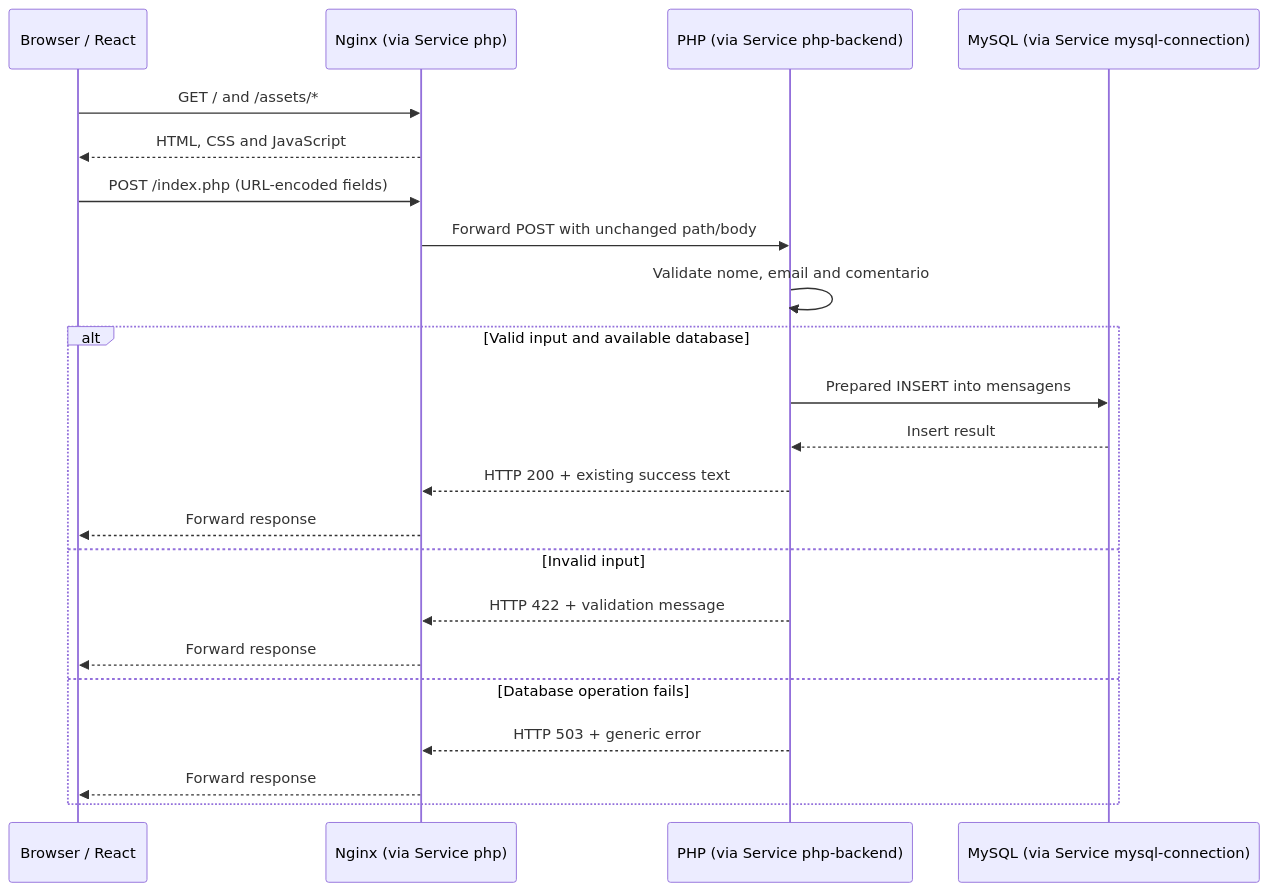
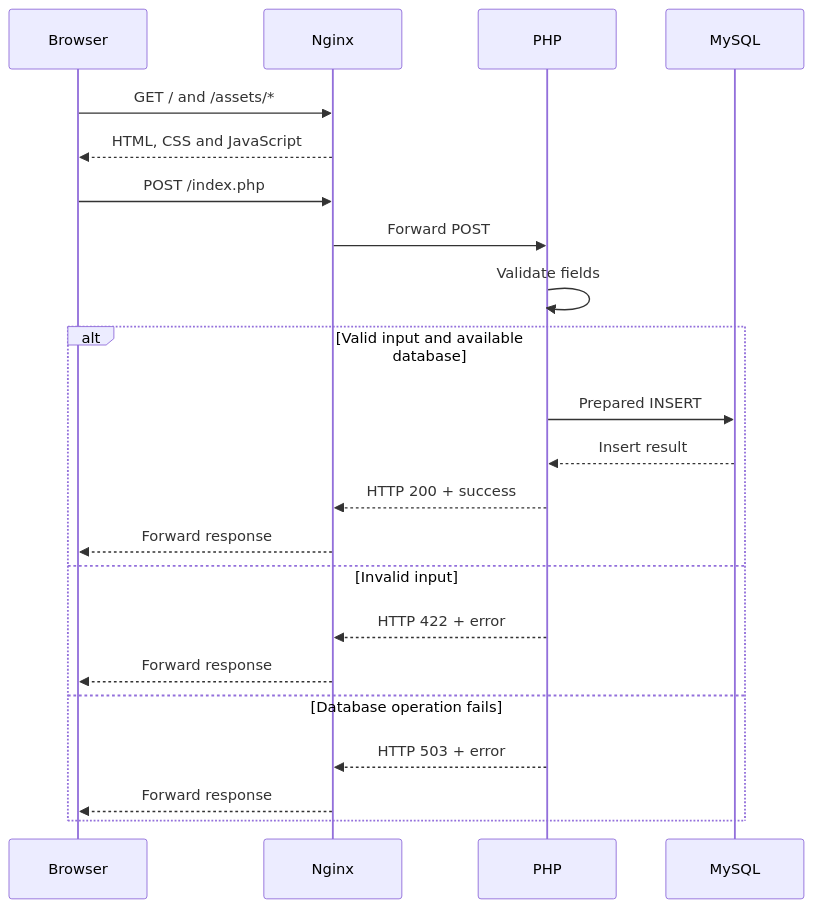
One commit to jacivaldocarvalho/projeto-app-deploy-kubernetes changed the third of 4 diagrams in docs/architecture.md. Above: the diagram before and after it, drawn with Mermaid. The commit also changed other lines of this file and 3 other files, not shown here.

Commit message:
docs: add interface previews and simplify architecture diagrams

````diff
--- a/docs/architecture.md
+++ b/docs/architecture.md
@@ -84,24 +87,24 @@
 ```mermaid
 sequenceDiagram
-    participant B as Browser / React
-    participant N as Nginx (via Service php)
-    participant P as PHP (via Service php-backend)
-    participant M as MySQL (via Service mysql-connection)
+    participant B as Browser
+    participant N as Nginx
+    participant P as PHP
+    participant M as MySQL
     B->>N: GET / and /assets/*
     N-->>B: HTML, CSS and JavaScript
-    B->>N: POST /index.php (URL-encoded fields)
-    N->>P: Forward POST with unchanged path/body
-    P->>P: Validate nome, email and comentario
+    B->>N: POST /index.php
+    N->>P: Forward POST
+    P->>P: Validate fields
     alt Valid input and available database
-        P->>M: Prepared INSERT into mensagens
+        P->>M: Prepared INSERT
         M-->>P: Insert result
-        P-->>N: HTTP 200 + existing success text
+        P-->>N: HTTP 200 + success
         N-->>B: Forward response
     else Invalid input
-        P-->>N: HTTP 422 + validation message
+        P-->>N: HTTP 422 + error
         N-->>B: Forward response
     else Database operation fails
-        P-->>N: HTTP 503 + generic error
+        P-->>N: HTTP 503 + error
         N-->>B: Forward response
     end
 ```
````
